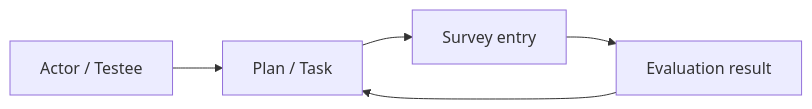
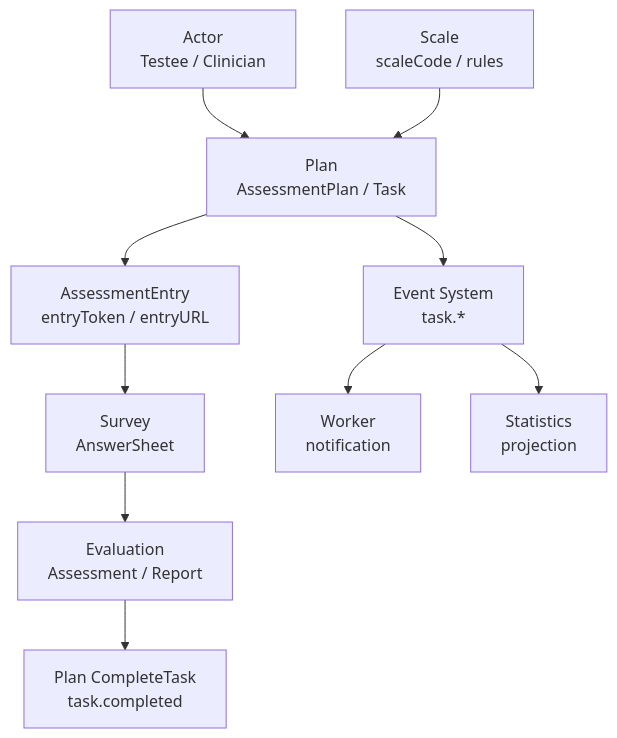
One commit to FangcunMount/qs-server changed the first of 2 diagrams in docs/02-业务模块/plan/03-跨模块协作.md. Above: the diagram before and after it, drawn with Mermaid. The commit also changed other lines of this file and 5 other files, not shown here.

````diff
--- a/docs/02-业务模块/plan/03-跨模块协作.md
+++ b/docs/02-业务模块/plan/03-跨模块协作.md
@@ -7,12 +52,12 @@
 ```mermaid
-flowchart LR
-    actor["Actor / Testee"]
-    plan["Plan / Task"]
-    survey["Survey entry"]
-    evaluation["Evaluation result"]
-
-    actor --> plan
-    plan --> survey
-    survey --> evaluation
-    evaluation --> plan
+flowchart TB
+    actor["Actor<br/>Testee / Clinician"] --> plan["Plan<br/>AssessmentPlan / Task"]
+    scale["Scale<br/>scaleCode / rules"] --> plan
+    plan --> entry["AssessmentEntry<br/>entryToken / entryURL"]
+    entry --> survey["Survey<br/>AnswerSheet"]
+    survey --> evaluation["Evaluation<br/>Assessment / Report"]
+    evaluation --> planComplete["Plan CompleteTask<br/>task.completed"]
+    plan --> event["Event System<br/>task.*"]
+    event --> worker["Worker<br/>notification"]
+    event --> statistics["Statistics<br/>projection"]
 ```
````
